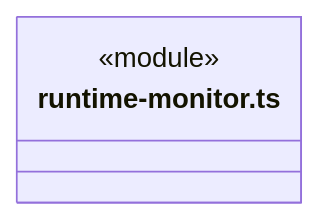
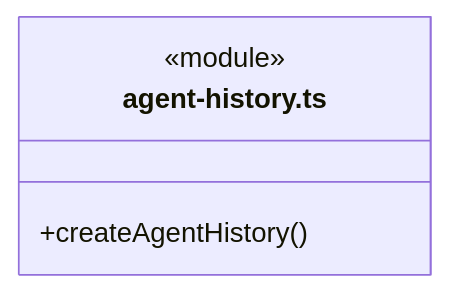
Before and after one commit to nan023062/cbim: the fourth of 9 diagrams in src/backend/main/ARCHITECTURE.md, drawn with Mermaid. The commit also changed other lines of this file and 356 other files, not shown here.

First line of the commit message:
chore: preserve architecture remediation before desktop 0.1.7 alignment

````diff
--- a/src/backend/main/ARCHITECTURE.md
+++ b/src/backend/main/ARCHITECTURE.md
@@ -84,6 +139,7 @@
 ```mermaid
 classDiagram
-class N_src_backend_main_runtime_monitor_ts["runtime-monitor.ts"] {
+class N_src_backend_main_agent_history_ts["agent-history.ts"] {
   <<module>>
+  +createAgentHistory()
 }
 ```
````
